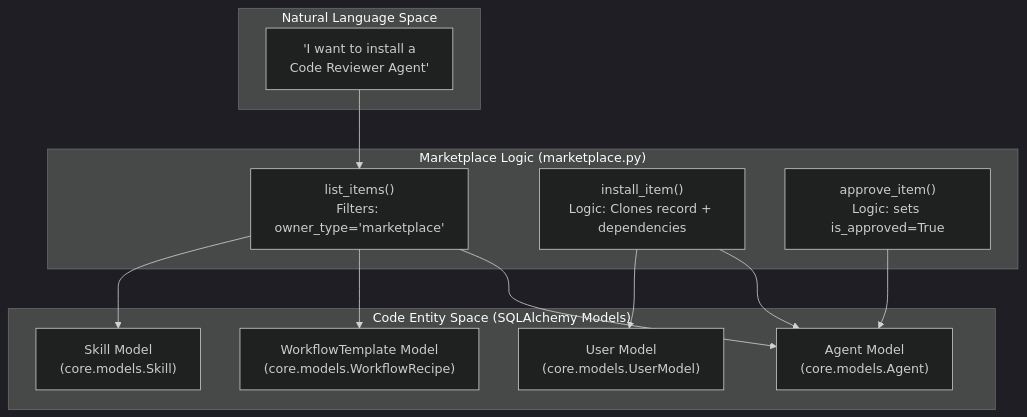
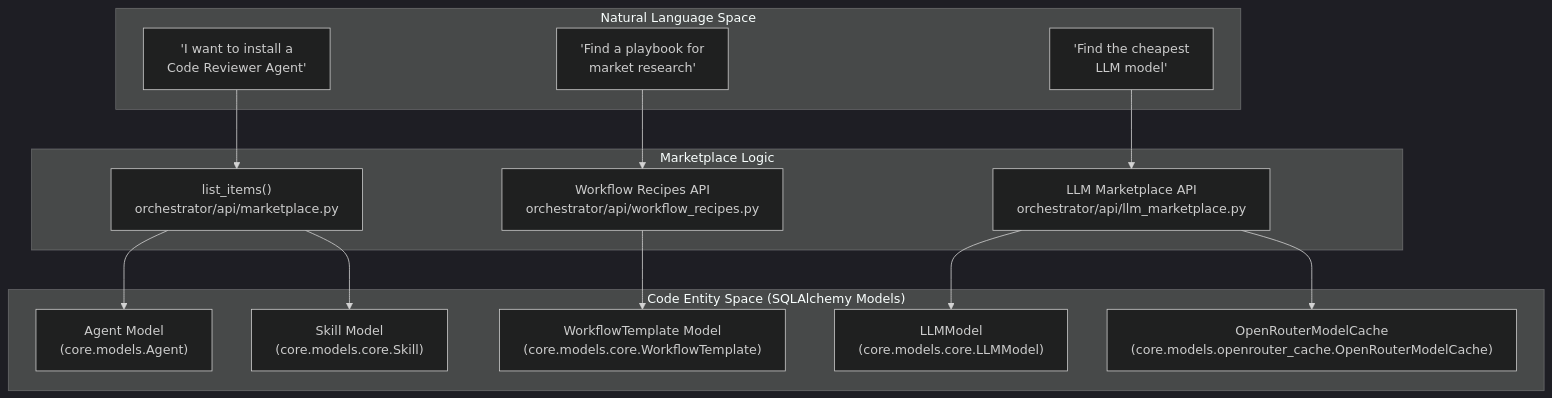
The first of 2 diagrams in docs/community-marketplace/_index.md (AutomatosAI/automatos-ai), drawn with Mermaid (dark theme) before and after one commit. The commit also changed other lines of this file and 153 other files, not shown here.

````diff
--- a/docs/community-marketplace/_index.md
+++ b/docs/community-marketplace/_index.md
@@ -63,27 +65,32 @@
 ```mermaid
 graph TB
     subgraph "Natural Language Space"
         UserIntent["'I want to install a<br/>Code Reviewer Agent'"]
+        RecipeQuery["'Find a playbook for<br/>market research'"]
+        LLMQuery["'Find the cheapest<br/>LLM model'"]
     end
 
     subgraph "Code Entity Space (SQLAlchemy Models)"
         AgentModel["Agent Model<br/>(core.models.Agent)"]
-        RecipeModel["WorkflowTemplate Model<br/>(core.models.WorkflowRecipe)"]
-        UserModel["User Model<br/>(core.models.UserModel)"]
-        SkillModel["Skill Model<br/>(core.models.Skill)"]
+        RecipeModel["WorkflowTemplate Model<br/>(core.models.core.WorkflowTemplate)"]
+        SkillModel["Skill Model<br/>(core.models.core.Skill)"]
+        LLMModel["LLMModel<br/>(core.models.core.LLMModel)"]
+        ORCache["OpenRouterModelCache<br/>(core.models.openrouter_cache.OpenRouterModelCache)"]
     end
 
-    subgraph "Marketplace Logic (marketplace.py)"
-        ListItems["list_items()<br/>Filters: owner_type='marketplace'"]
-        InstallItem["install_item()<br/>Logic: Clones record + dependencies"]
-        ApproveItem["approve_item()<br/>Logic: sets is_approved=True"]
+    subgraph "Marketplace Logic"
+        ListItems["list_items()<br/>orchestrator/api/marketplace.py"]
+        WorkflowAPI["Workflow Recipes API<br/>orchestrator/api/workflow_recipes.py"]
+        LLMAPI["LLM Marketplace API<br/>orchestrator/api/llm_marketplace.py"]
     end
 
     UserIntent --> ListItems
+    RecipeQuery --> WorkflowAPI
+    LLMQuery --> LLMAPI
+    
     ListItems --> AgentModel
-    ListItems --> RecipeModel
+    WorkflowAPI --> RecipeModel
     ListItems --> SkillModel
-    InstallItem --> AgentModel
-    InstallItem --> UserModel
-    ApproveItem --> AgentModel
+    LLMAPI --> LLMModel
+    LLMAPI --> ORCache
 ```
````
